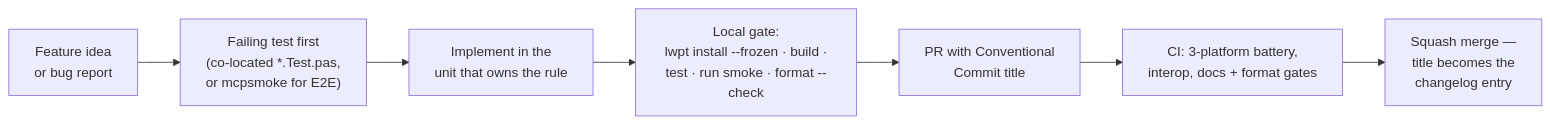
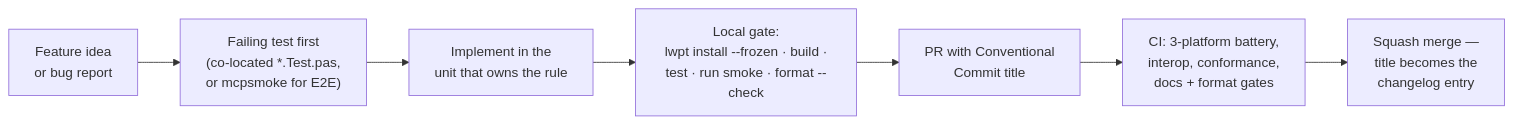
One commit to frostney/pascal-mcp-sdk changed the diagram in docs/internals/contributing.md. Above: the diagram before and after it, drawn with Mermaid. The commit also changed other lines of this file and 4 other files, not shown here.

````diff
--- a/docs/internals/contributing.md
+++ b/docs/internals/contributing.md
@@ -18,11 +18,11 @@
 ```mermaid
 flowchart LR
     IDEA["Feature idea<br/>or bug report"]
     TEST["Failing test first<br/>(co-located *.Test.pas,<br/>or mcpsmoke for E2E)"]
     OWN["Implement in the<br/>unit that owns the rule"]
     GATE["Local gate:<br/>lwpt install --frozen · build ·<br/>test · run smoke · format --check"]
     PR["PR with Conventional<br/>Commit title"]
-    CI["CI: 3-platform battery,<br/>interop, docs + format gates"]
+    CI["CI: 3-platform battery,<br/>interop, conformance,<br/>docs + format gates"]
     MERGE["Squash merge —<br/>title becomes the<br/>changelog entry"]
     IDEA --> TEST --> OWN --> GATE --> PR --> CI --> MERGE
 ```
````
